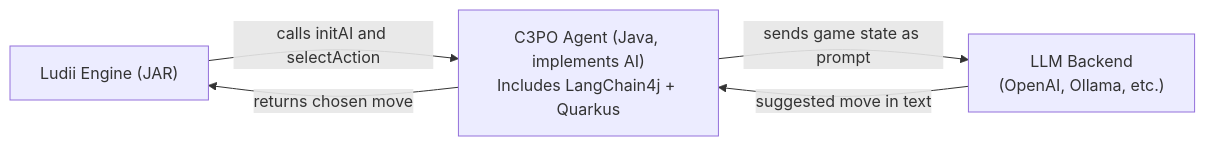
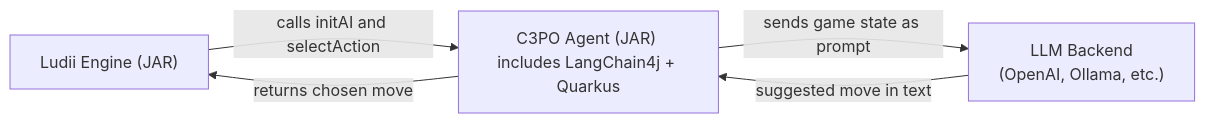
Before and after one commit to chiar0/C3PO: the diagram in README.md, drawn with Mermaid.

`````diff
--- a/README.md
+++ b/README.md
@@ -15,12 +15,12 @@
 ```mermaid
 flowchart LR
   LUDII["Ludii Engine (JAR)"]
-  C3PO["C3PO Agent (Java, implements AI)\nIncludes LangChain4j + Quarkus"]
+  C3PO["C3PO Agent (JAR) includes LangChain4j + Quarkus"]
   LLM["LLM Backend\n(OpenAI, Ollama, etc.)"]
 
   LUDII -->|calls initAI and selectAction| C3PO
   C3PO -->|returns chosen move| LUDII
 
   C3PO -->|sends game state as prompt| LLM
   LLM -->|suggested move in text| C3PO
 ````
`````
